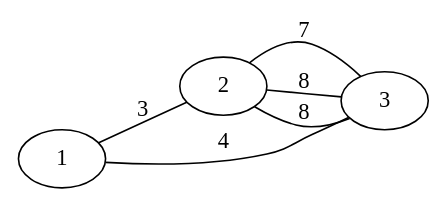
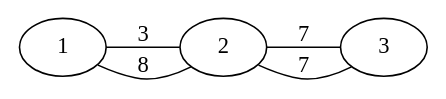
One commit to vitalfocheux/Chinese-Postman-Problem changed the diagram in ressources/semiEulerian.gv. Above: the diagram before and after it, drawn with Graphviz. The commit also changed 1 other file, not shown here.

```diff
--- a/ressources/semiEulerian.gv
+++ b/ressources/semiEulerian.gv
@@ -1,8 +1,7 @@
 graph {
     rankdir=LR
     1 -- 2 [label=3, len=3]
-    1 -- 3 [label=4, len=4]
     2 -- 3 [label=7, len=7]
-    2 -- 3 [label=8, len=8]
-    2 -- 3 [label=8, len=8]
+    2 -- 3 [label=7, len=7]
+    1 -- 2 [label=8, len=8]
 }
```
